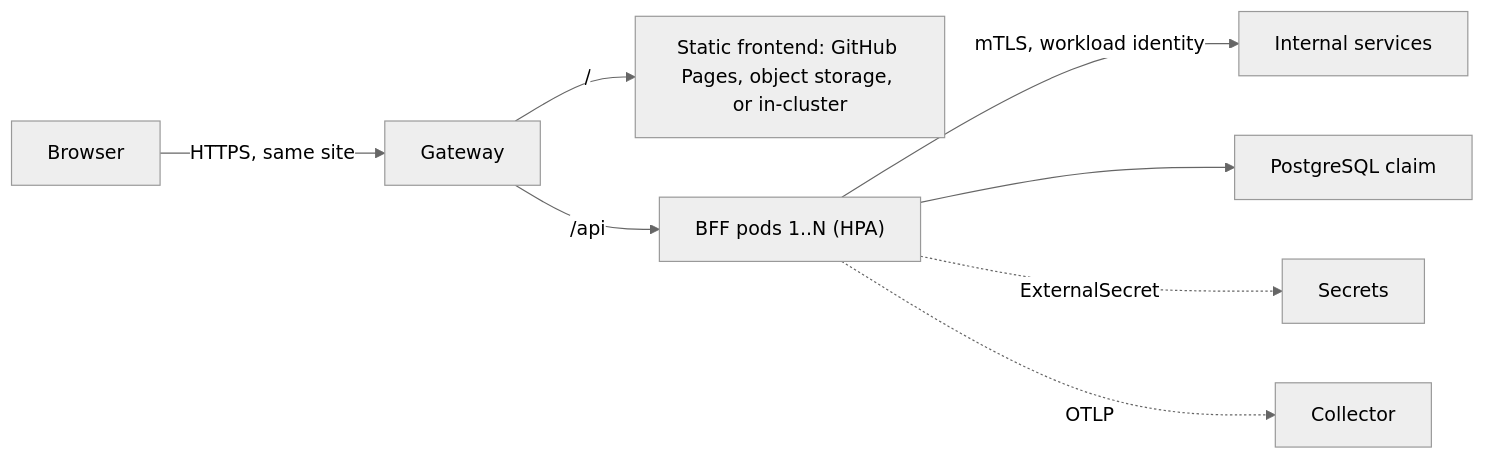
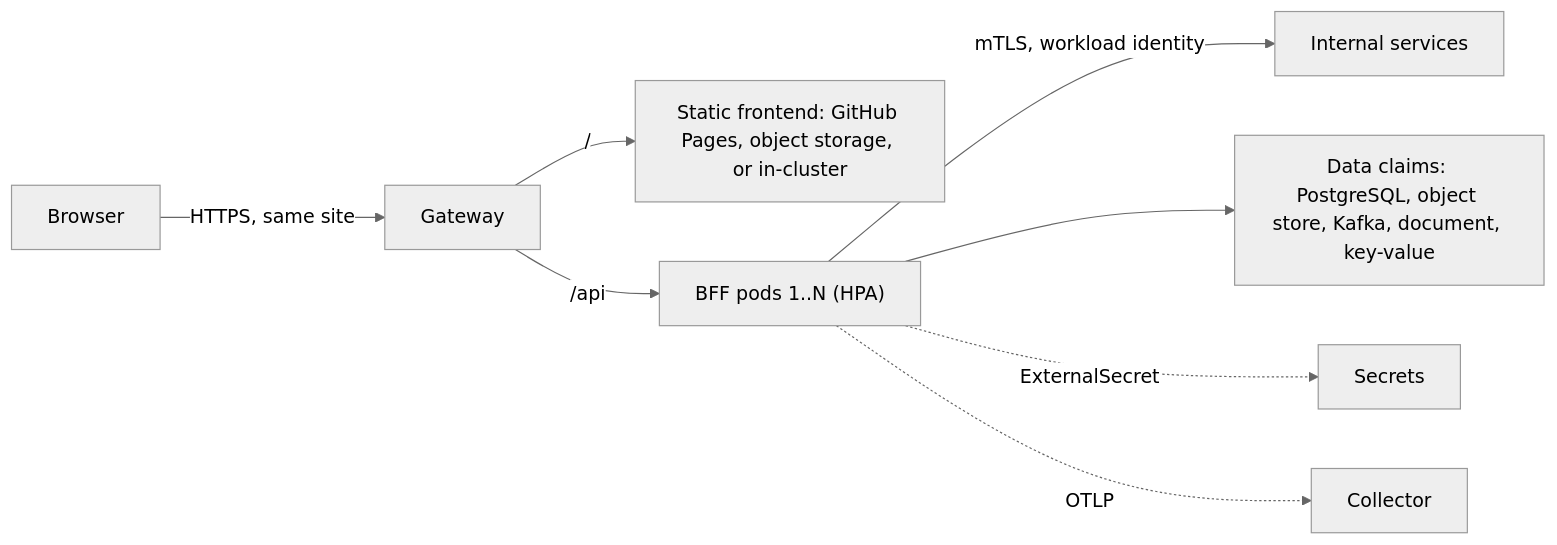
One commit to corekraft/kore changed the second of 2 diagrams in docs/vision.md. Above: the diagram before and after it, drawn with Mermaid (neutral theme). The commit also changed other lines of this file and 2 other files, not shown here.

First line of the commit message:
docs: add data services, backstage, and argo cd to the vision

````diff
--- a/docs/vision.md
+++ b/docs/vision.md
@@ -156,10 +157,10 @@
 ```mermaid
 graph LR
   U["Browser"] -->|"HTTPS, same site"| G["Gateway"]
   G -->|"/"| FE["Static frontend: GitHub Pages, object storage, or in-cluster"]
   G -->|"/api"| BFF["BFF pods 1..N (HPA)"]
   BFF -->|"mTLS, workload identity"| SVC["Internal services"]
-  BFF --> PG["PostgreSQL claim"]
+  BFF --> PG["Data claims: PostgreSQL, object store, Kafka, document, key-value"]
   BFF -.->|"ExternalSecret"| SEC["Secrets"]
   BFF -.->|"OTLP"| OTEL["Collector"]
 ```
````
